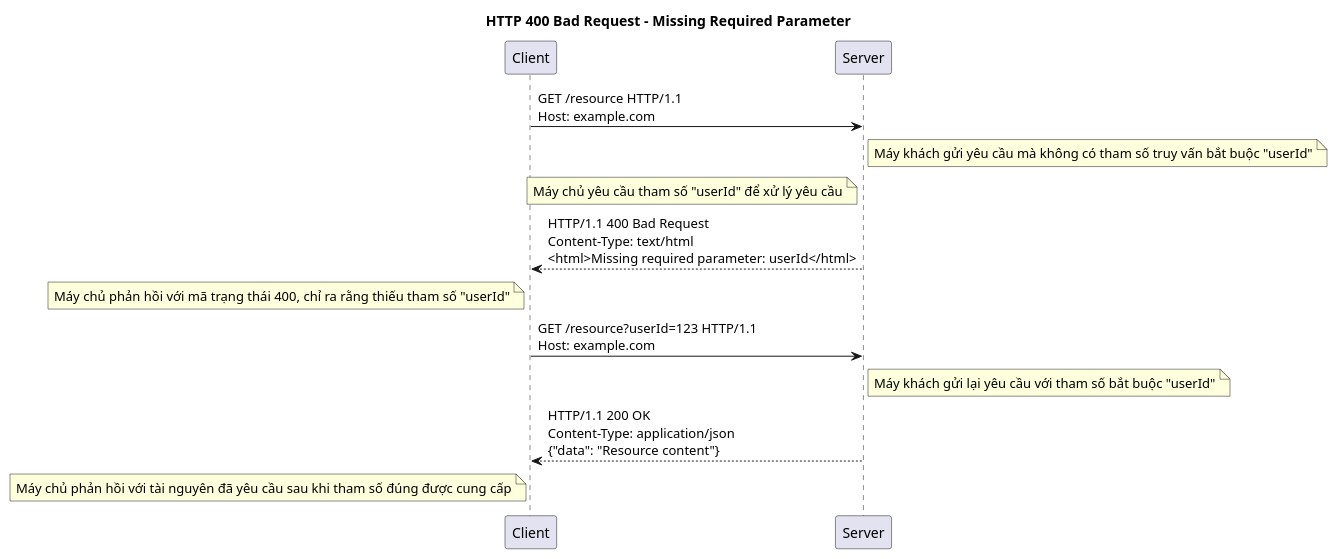
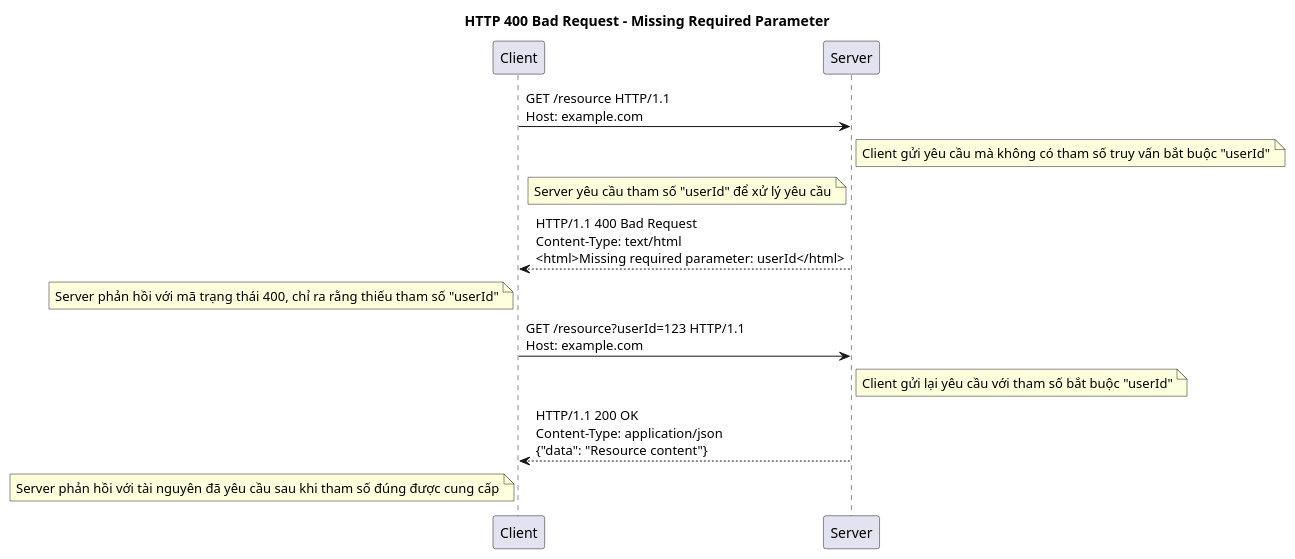
One commit to thanhlv-com/thanhlv-blog changed diagram 19 of 27 in packages/apps/src/blog/2024-12-05-y-nghia-cua-cac-http-status-code.md. Above: the diagram before and after it, drawn with PlantUML. The commit also changed other lines of this file, not shown here.

````diff
--- a/packages/apps/src/blog/2024-12-05-y-nghia-cua-cac-http-status-code.md
+++ b/packages/apps/src/blog/2024-12-05-y-nghia-cua-cac-http-status-code.md
@@ -652,23 +652,23 @@
 ```plantuml
 @startuml
 
 title HTTP 400 Bad Request - Missing Required Parameter
 
 participant "Client" as C
 participant "Server" as S
 
 C -> S: GET /resource HTTP/1.1\nHost: example.com
-note right of S: Máy khách gửi yêu cầu mà không có tham số truy vấn bắt buộc "userId"
+note right of S: Client gửi yêu cầu mà không có tham số truy vấn bắt buộc "userId"
 
-note left of S: Máy chủ yêu cầu tham số "userId" để xử lý yêu cầu
+note left of S: Server yêu cầu tham số "userId" để xử lý yêu cầu
 
 S --> C: HTTP/1.1 400 Bad Request\nContent-Type: text/html\n<html>Missing required parameter: userId</html>
-note left of C: Máy chủ phản hồi với mã trạng thái 400, chỉ ra rằng thiếu tham số "userId"
+note left of C: Server phản hồi với mã trạng thái 400, chỉ ra rằng thiếu tham số "userId"
 
 C -> S: GET /resource?userId=123 HTTP/1.1\nHost: example.com
-note right of S: Máy khách gửi lại yêu cầu với tham số bắt buộc "userId"
+note right of S: Client gửi lại yêu cầu với tham số bắt buộc "userId"
 
 S --> C: HTTP/1.1 200 OK\nContent-Type: application/json\n{"data": "Resource content"}
-note left of C: Máy chủ phản hồi với tài nguyên đã yêu cầu sau khi tham số đúng được cung cấp
+note left of C: Server phản hồi với tài nguyên đã yêu cầu sau khi tham số đúng được cung cấp
 @enduml
 ```
````
